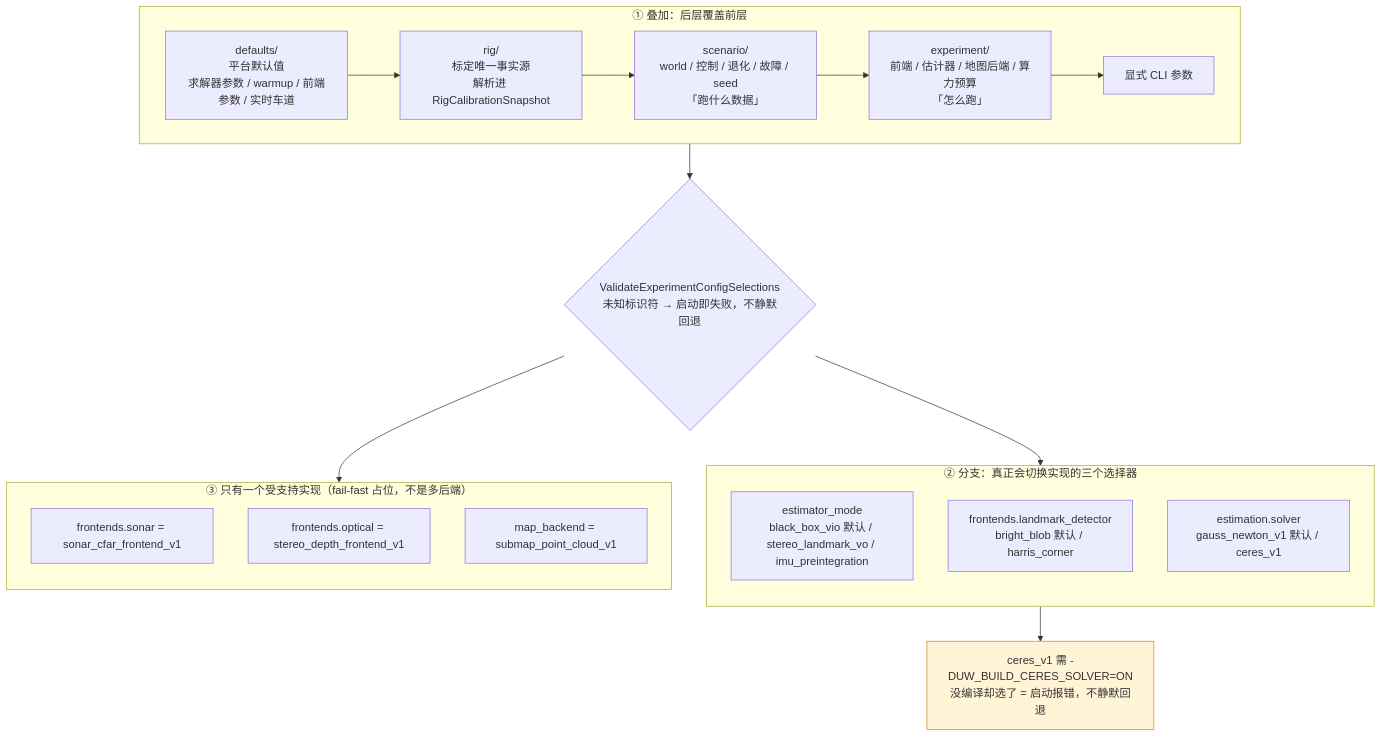
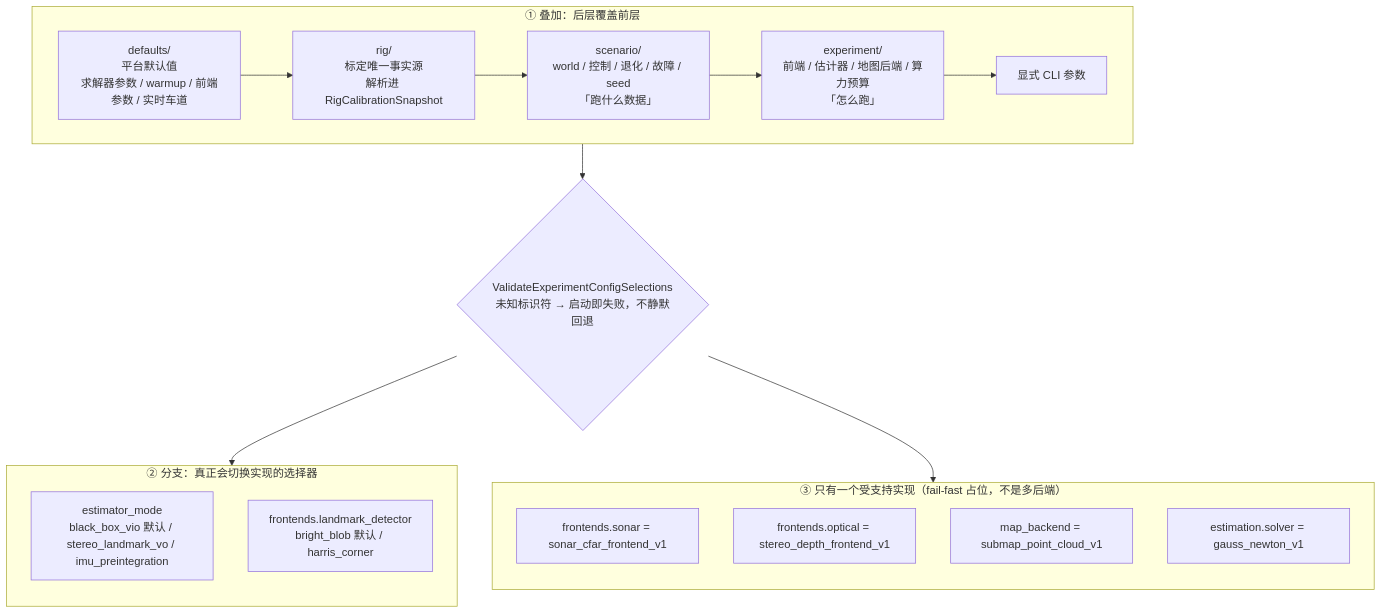
The third of 3 diagrams in README.md (PengBY91/uw_slam_simplify), drawn with Mermaid before and after one commit. The commit also changed other lines of this file and 52 other files, not shown here.

````diff
--- a/README.md
+++ b/README.md
@@ -493,33 +365,31 @@
 ```mermaid
 flowchart TB
     subgraph STACK["① 叠加：后层覆盖前层"]
         direction LR
         DEF["defaults/<br/>平台默认值<br/>求解器参数 / warmup / 前端参数 / 实时车道"]
         RIG["rig/<br/>标定唯一事实源<br/>解析进 RigCalibrationSnapshot"]
         SCN["scenario/<br/>world / 控制 / 退化 / 故障 / seed<br/>「跑什么数据」"]
         EXP["experiment/<br/>前端 / 估计器 / 地图后端 / 算力预算<br/>「怎么跑」"]
         CLI["显式 CLI 参数"]
         DEF --> RIG --> SCN --> EXP --> CLI
     end
 
     CLI --> VAL{"ValidateExperimentConfigSelections<br/>未知标识符 → 启动即失败，不静默回退"}
 
-    subgraph BRANCH["② 分支：真正会切换实现的三个选择器"]
+    subgraph BRANCH["② 分支：真正会切换实现的选择器"]
         direction TB
         E1["estimator_mode<br/>black_box_vio 默认 / stereo_landmark_vo / imu_preintegration"]
         E2["frontends.landmark_detector<br/>bright_blob 默认 / harris_corner"]
-        E3["estimation.solver<br/>gauss_newton_v1 默认 / ceres_v1"]
     end
 
     subgraph FIXED["③ 只有一个受支持实现（fail-fast 占位，不是多后端）"]
         direction TB
         F1["frontends.sonar = sonar_cfar_frontend_v1"]
         F2["frontends.optical = stereo_depth_frontend_v1"]
         F3["map_backend = submap_point_cloud_v1"]
+        F4["estimation.solver = gauss_newton_v1"]
     end
 
     VAL --> BRANCH
     VAL --> FIXED
-    E3 --> CER["ceres_v1 需 -DUW_BUILD_CERES_SOLVER=ON<br/>没编译却选了 = 启动报错，不静默回退"]
-    style CER fill:#fff4d6,stroke:#c9871f
 ```
````
